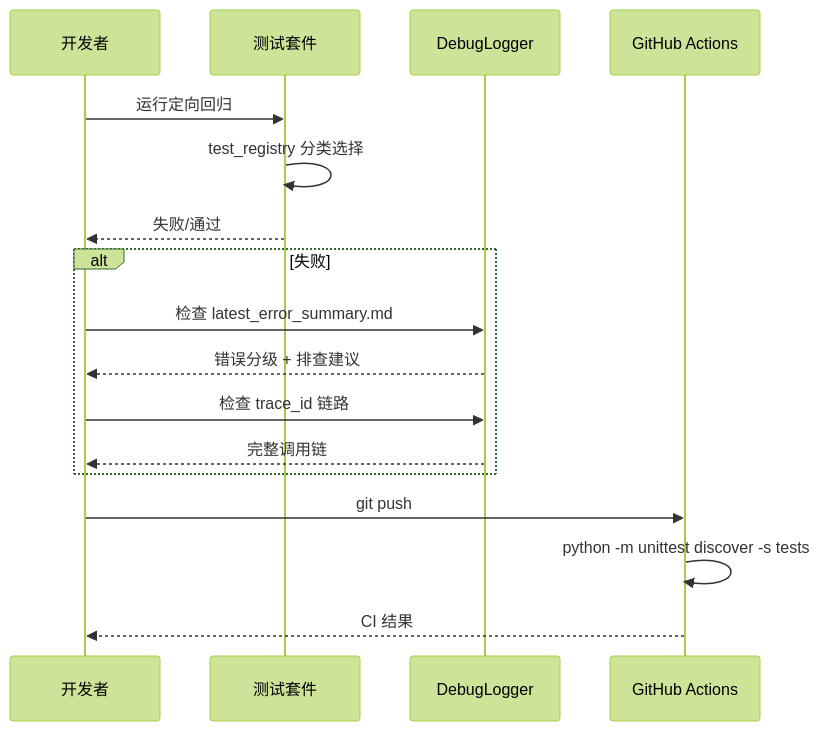
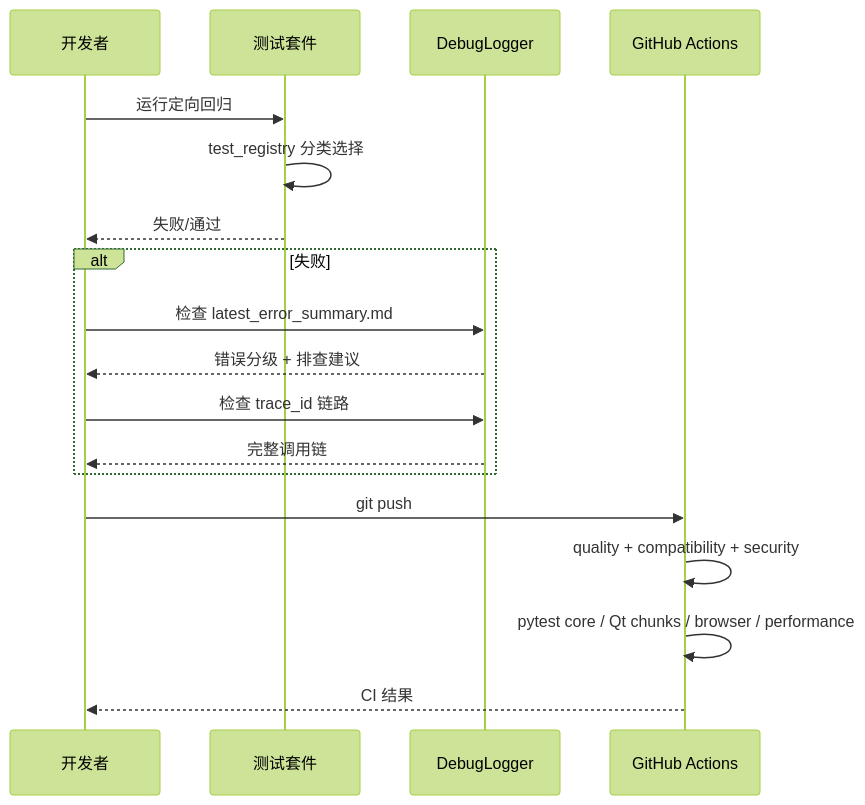
One commit to haohaizi554/UniversalCrawler changed the sixth of 6 diagrams in mermaid/09-testing-and-quality.md. Above: the diagram before and after it, drawn with Mermaid (forest theme). The commit also changed 12 other files, not shown here.

````diff
--- a/mermaid/09-testing-and-quality.md
+++ b/mermaid/09-testing-and-quality.md
@@ -191,22 +191,23 @@
 ```mermaid
 sequenceDiagram
     participant Dev as 开发者
     participant Test as 测试套件
     participant Diag as DebugLogger
     participant CI as GitHub Actions
 
     Dev->>Test: 运行定向回归
     Test->>Test: test_registry 分类选择
     Test-->>Dev: 失败/通过
     
     alt 失败
         Dev->>Diag: 检查 latest_error_summary.md
         Diag-->>Dev: 错误分级 + 排查建议
         Dev->>Diag: 检查 trace_id 链路
         Diag-->>Dev: 完整调用链
     end
     
     Dev->>CI: git push
-    CI->>CI: python -m unittest discover -s tests
+    CI->>CI: quality + compatibility + security
+    CI->>CI: pytest core / Qt chunks / browser / performance
     CI-->>Dev: CI 结果
 ```
````
